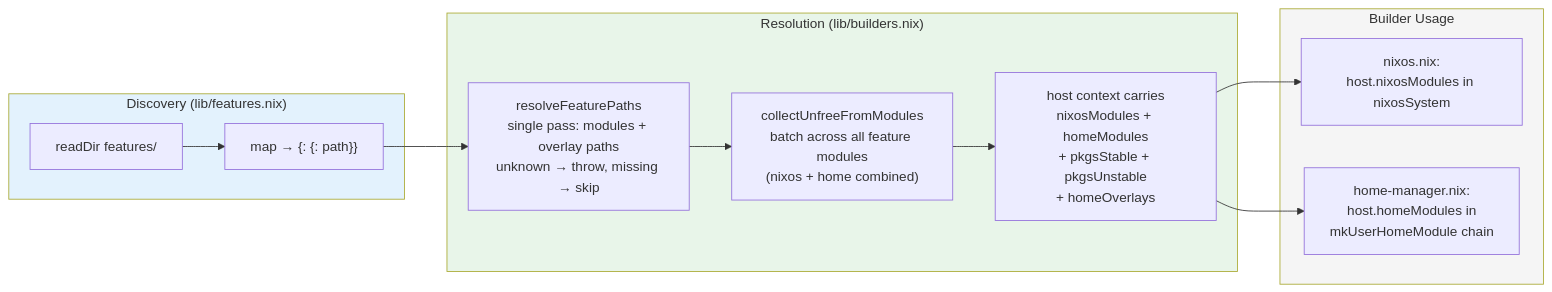
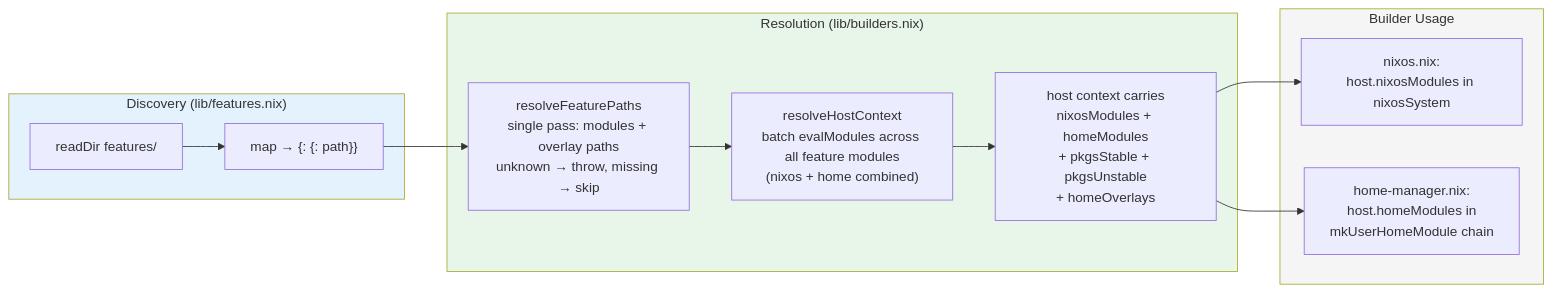
The fourth of 8 diagrams in DESIGN.md (WombatFromHell/automatic-palm-tree), drawn with Mermaid before and after one commit. The commit also changed other lines of this file and 3 other files, not shown here.

````diff
--- a/DESIGN.md
+++ b/DESIGN.md
@@ -179,29 +178,29 @@
 ```mermaid
 flowchart LR
     subgraph Discover ["Discovery (lib/features.nix)"]
         scan["readDir features/"]
         map["map → {<feature>: {<platform>: path}}"]
     end
 
     subgraph HostCtx ["Resolution (lib/builders.nix)"]
         validate["resolveFeaturePaths\nsingle pass: modules + overlay paths\nunknown → throw, missing → skip"]
-        unfree["collectUnfreeFromModules\nbatch across all feature modules\n(nixos + home combined)"]
+        unfree["resolveHostContext\nbatch evalModules across all feature modules\n(nixos + home combined)"]
         ctxOut["host context carries\nnixosModules + homeModules\n+ pkgsStable + pkgsUnstable\n+ homeOverlays"]
     end
 
     subgraph Builders ["Builder Usage"]
         nixosFeat["nixos.nix:\nhost.nixosModules in nixosSystem"]
         hmFeat["home-manager.nix:\nhost.homeModules in\nmkUserHomeModule chain"]
     end
 
     scan --> map
 
     map --> validate --> unfree --> ctxOut
 
     ctxOut --> nixosFeat
     ctxOut --> hmFeat
 
     style Discover fill:#e3f2fd
     style HostCtx fill:#e8f5e9
     style Builders fill:#f5f5f5
 ```
````
